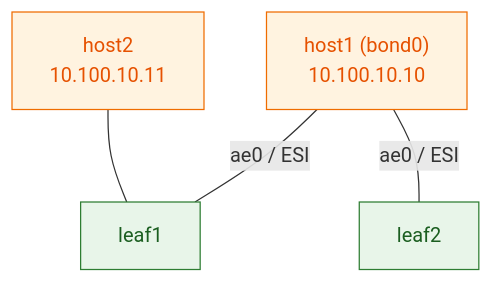
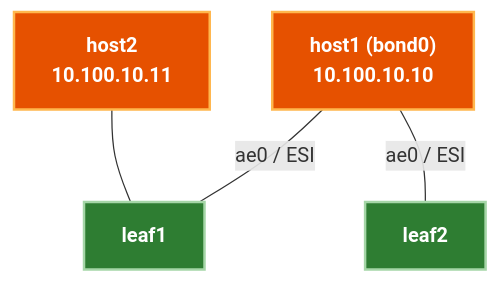
The diagram in docs/archive/juniper-vxlan-evpn/labs/lab-05-esi.md (etherhtun/netforge-labs), drawn with Mermaid before and after one commit. The commit also changed 7 other files, not shown here.

Commit message:
fix(diagrams): update all Mermaid diagrams to use high-contrast white text on filled nodes for 100% visibility in both light and dark site themes

````diff
--- a/docs/archive/juniper-vxlan-evpn/labs/lab-05-esi.md
+++ b/docs/archive/juniper-vxlan-evpn/labs/lab-05-esi.md
@@ -20,12 +20,12 @@
 ```mermaid
 graph TB
     L1["leaf1"]:::l
     L2["leaf2"]:::l
     H1["host1 (bond0)<br/>10.100.10.10"]:::h
     H2["host2<br/>10.100.10.11"]:::h
     H1 ---|ae0 / ESI| L1
     H1 ---|ae0 / ESI| L2
     H2 --- L1
-    classDef l fill:#e8f5e9,stroke:#2e7d32,color:#1b5e20;
-    classDef h fill:#fff3e0,stroke:#ef6c00,color:#e65100;
+    classDef l fill:#2e7d32,stroke:#a5d6a7,color:#ffffff,stroke-width:2px,font-weight:bold;
+    classDef h fill:#e65100,stroke:#ffb74d,color:#ffffff,stroke-width:2px,font-weight:bold;
 ```
````
